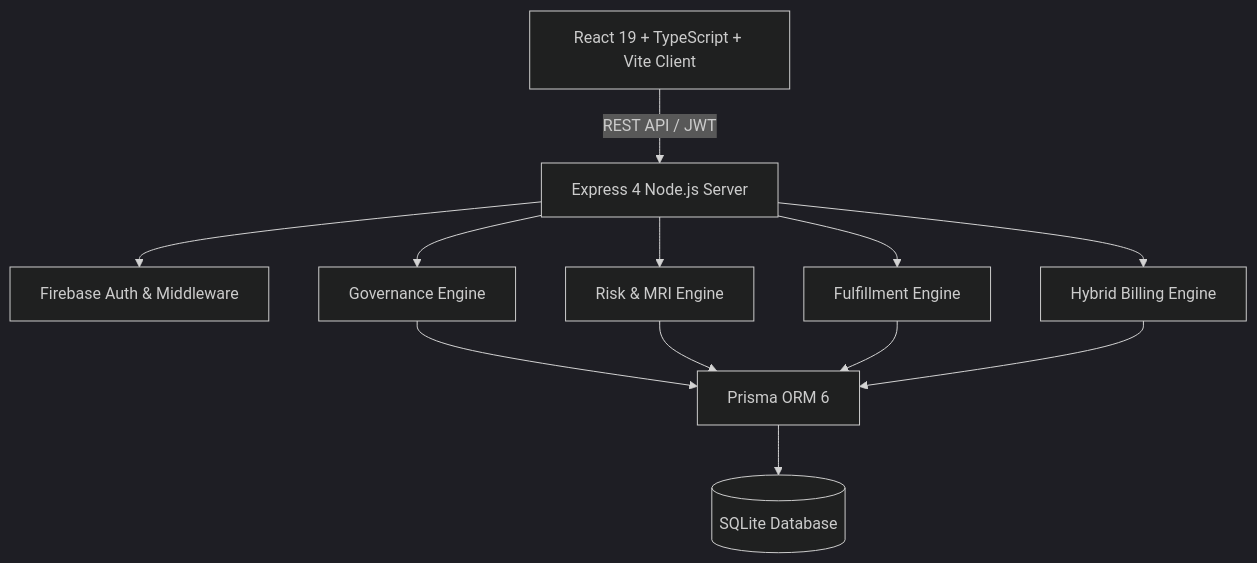
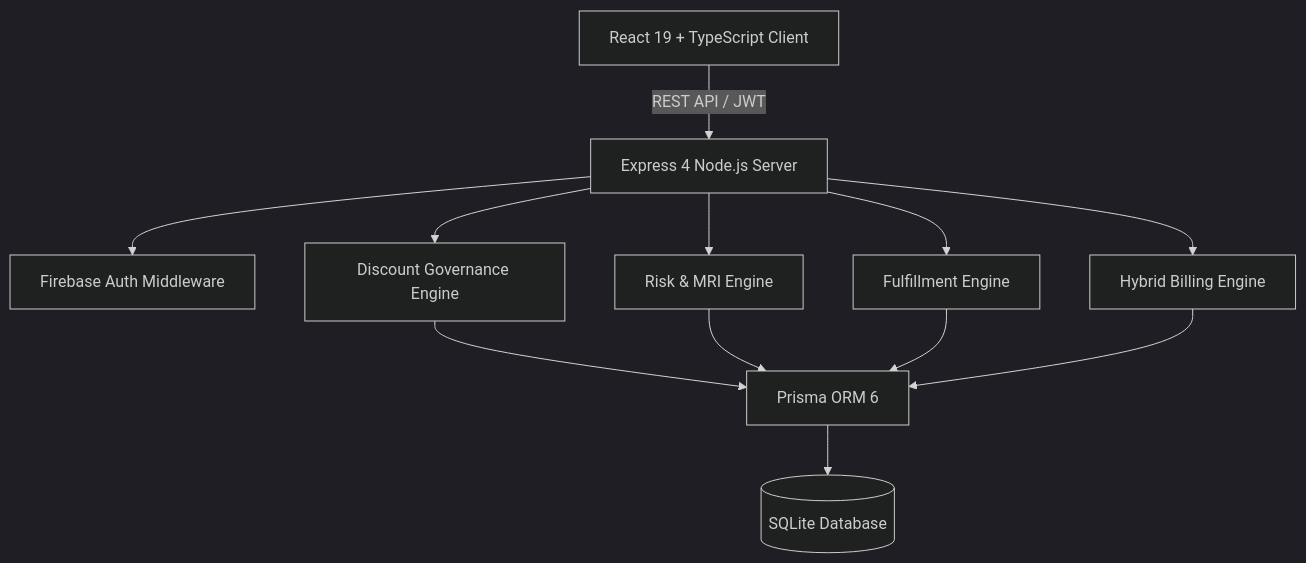
Before and after one commit to abdul05kh/DealFlow360: the second of 2 diagrams in README.md, drawn with Mermaid (dark theme). The commit also changed other lines of this file, not shown here.

````diff
--- a/README.md
+++ b/README.md
@@ -114,14 +142,14 @@
 ```mermaid
 graph TD
-    Client[React 19 + TypeScript + Vite Client] -->|REST API / JWT| Server[Express 4 Node.js Server]
-    Server --> Auth[Firebase Auth & Middleware]
-    Server --> Gov[Governance Engine]
+    Client[React 19 + TypeScript Client] -->|REST API / JWT| Server[Express 4 Node.js Server]
+    Server --> Auth[Firebase Auth Middleware]
+    Server --> Gov[Discount Governance Engine]
     Server --> Risk[Risk & MRI Engine]
     Server --> Fulfill[Fulfillment Engine]
     Server --> Bill[Hybrid Billing Engine]
     Gov --> Prisma[Prisma ORM 6]
     Risk --> Prisma
     Fulfill --> Prisma
     Bill --> Prisma
     Prisma --> DB[(SQLite Database)]
 ```
````
